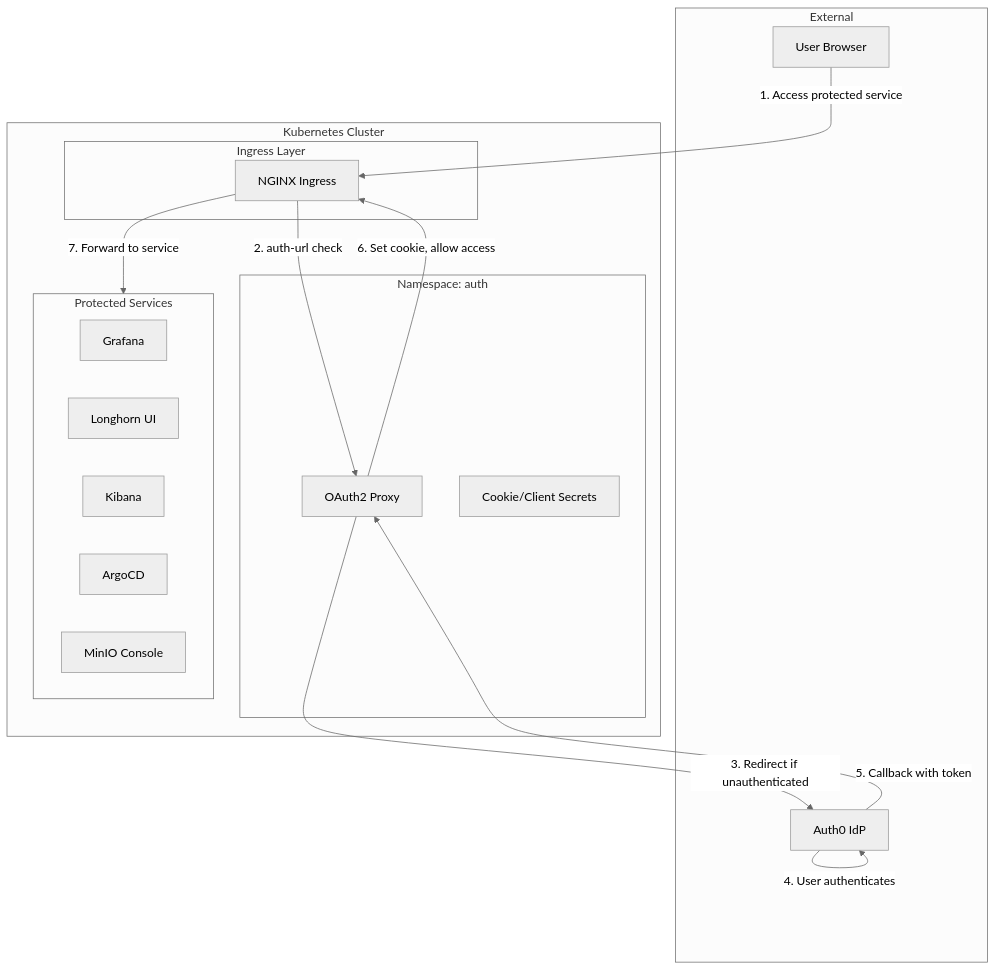
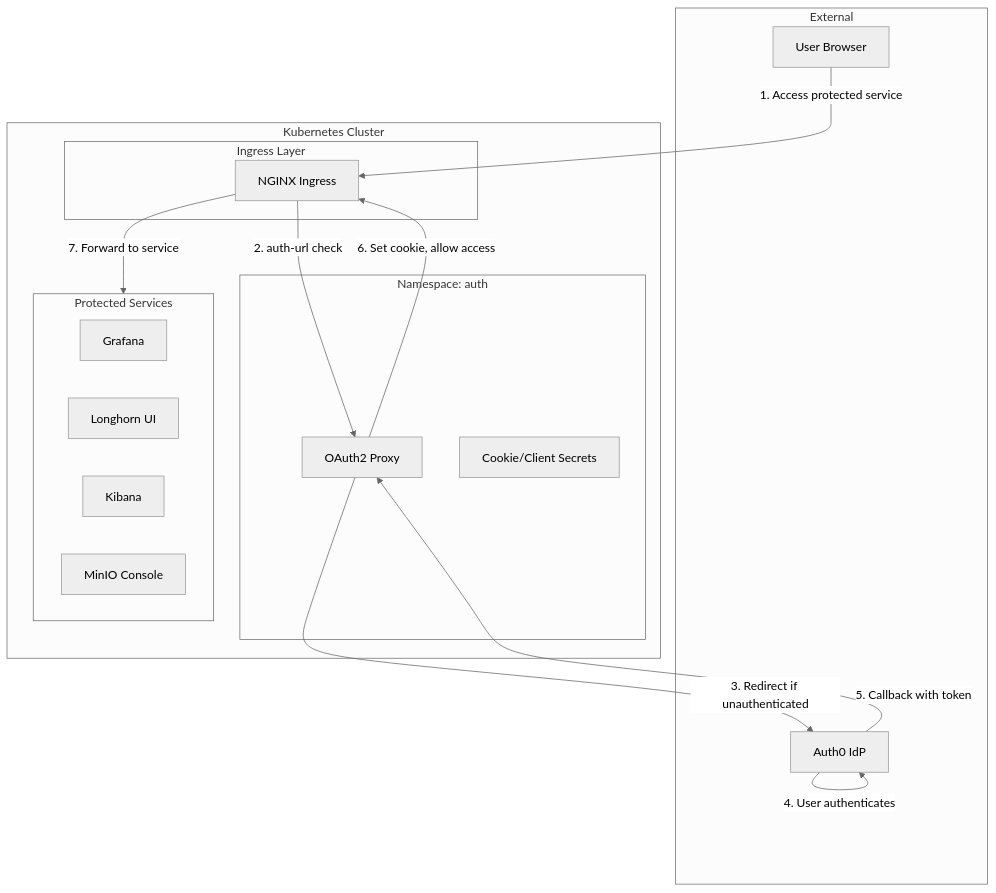
Before and after one commit to chrisleekr/homelab-infrastructure: the first of 2 diagrams in docs/stage2/auth.md, drawn with Mermaid (neutral theme). The commit also changed 78 other files, not shown here.

Commit message:
feat(stage2): gate chart compatibility, migrate Prometheus CRDs to Helm (#113)

````diff
--- a/docs/stage2/auth.md
+++ b/docs/stage2/auth.md
@@ -7,34 +7,33 @@
 ```mermaid
 flowchart TB
     subgraph external [External]
         User[User Browser]
         Auth0[Auth0 IdP]
     end
 
     subgraph k8s [Kubernetes Cluster]
         subgraph ingress [Ingress Layer]
             Nginx[NGINX Ingress]
         end
 
         subgraph ns [Namespace: auth]
             OAuth2[OAuth2 Proxy]
             Secret[Cookie/Client Secrets]
         end
 
         subgraph protected [Protected Services]
             Grafana[Grafana]
             Longhorn[Longhorn UI]
             Kibana[Kibana]
-            ArgoCD[ArgoCD]
             MinIO[MinIO Console]
         end
     end
 
     User -->|1. Access protected service| Nginx
     Nginx -->|2. auth-url check| OAuth2
     OAuth2 -->|3. Redirect if unauthenticated| Auth0
     Auth0 -->|4. User authenticates| Auth0
     Auth0 -->|5. Callback with token| OAuth2
     OAuth2 -->|6. Set cookie, allow access| Nginx
     Nginx -->|7. Forward to service| protected
 ```
````
